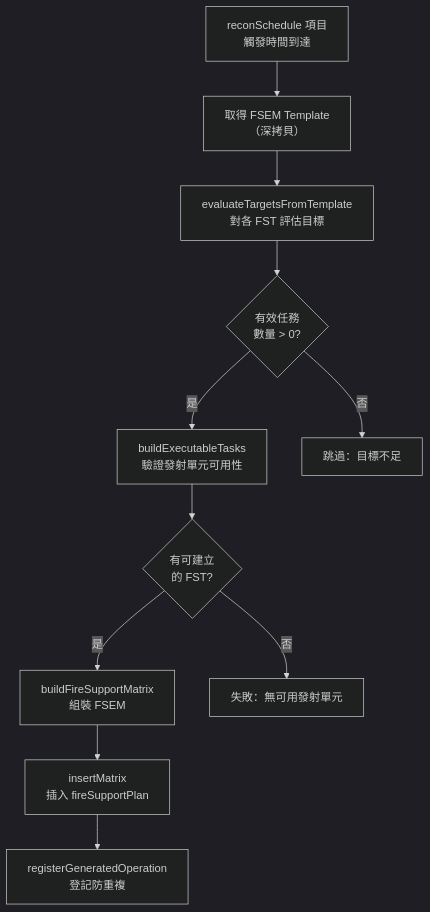
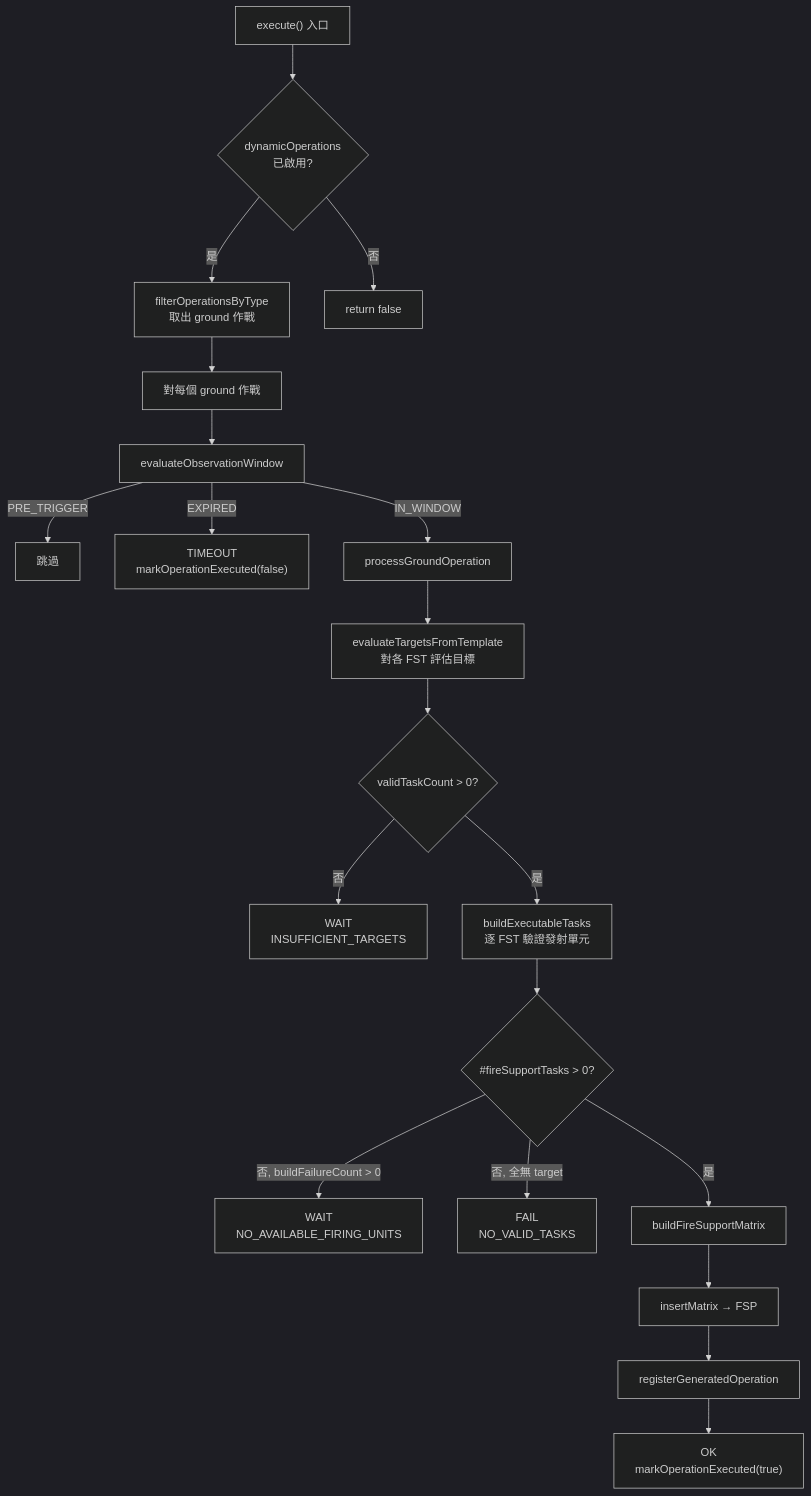
Before and after one commit to pullupjumper/formosa-in-flames: the first of 2 diagrams in docs/strikePlanner/dynamicFireSupportPlan.md, drawn with Mermaid (dark theme). The commit also changed other lines of this file and 8 other files, not shown here.

First line of the commit message:
feat(strike-planner): add observation window for dynamic fire support plan

````diff
--- a/docs/strikePlanner/dynamicFireSupportPlan.md
+++ b/docs/strikePlanner/dynamicFireSupportPlan.md
@@ -17,23 +48,30 @@
 ```mermaid
 flowchart TD
-    ENTRY["reconSchedule 項目<br>觸發時間到達"]
-    TEMPLATE["取得 FSEM Template<br>（深拷貝）"]
-    EVAL["evaluateTargetsFromTemplate<br>對各 FST 評估目標"]
-    CHECK_TARGET{有效任務<br>數量 > 0?}
-    BUILD["buildExecutableTasks<br>驗證發射單元可用性"]
-    CHECK_AVAIL{有可建立<br>的 FST?}
-    MATRIX["buildFireSupportMatrix<br>組裝 FSEM"]
-    INSERT["insertMatrix<br>插入 fireSupportPlan"]
-    REGISTER["registerGeneratedOperation<br>登記防重複"]
+    START["execute() 入口"]
+    GUARD{"dynamicOperations<br>已啟用?"}
+    FILTER["filterOperationsByType<br>取出 ground 作戰"]
+    LOOP["對每個 ground 作戰"]
+    WIN["evaluateObservationWindow"]
 
-    ENTRY --> TEMPLATE
-    TEMPLATE --> EVAL
-    EVAL --> CHECK_TARGET
-    CHECK_TARGET -->|否| SKIP["跳過：目標不足"]
-    CHECK_TARGET -->|是| BUILD
-    BUILD --> CHECK_AVAIL
-    CHECK_AVAIL -->|否| FAIL["失敗：無可用發射單元"]
-    CHECK_AVAIL -->|是| MATRIX
-    MATRIX --> INSERT
-    INSERT --> REGISTER
+    WIN -->|PRE_TRIGGER| SKIP["跳過"]
+    WIN -->|EXPIRED| TIMEOUT["TIMEOUT<br>markOperationExecuted(false)"]
+    WIN -->|IN_WINDOW| PROCESS["processGroundOperation"]
+
+    PROCESS --> EVAL["evaluateTargetsFromTemplate<br>對各 FST 評估目標"]
+    EVAL --> CHECK_TARGET{"validTaskCount > 0?"}
+    CHECK_TARGET -->|否| WAIT_T["WAIT<br>INSUFFICIENT_TARGETS"]
+    CHECK_TARGET -->|是| BUILD["buildExecutableTasks<br>逐 FST 驗證發射單元"]
+    BUILD --> CHECK_BUILT{"#fireSupportTasks > 0?"}
+    CHECK_BUILT -->|否, buildFailureCount > 0| WAIT_F["WAIT<br>NO_AVAILABLE_FIRING_UNITS"]
+    CHECK_BUILT -->|否, 全無 target| FAIL_NV["FAIL<br>NO_VALID_TASKS"]
+    CHECK_BUILT -->|是| MATRIX["buildFireSupportMatrix"]
+    MATRIX --> INSERT["insertMatrix → FSP"]
+    INSERT --> REGISTER["registerGeneratedOperation"]
+    REGISTER --> OK["OK<br>markOperationExecuted(true)"]
+
+    START --> GUARD
+    GUARD -->|否| END["return false"]
+    GUARD -->|是| FILTER
+    FILTER --> LOOP
+    LOOP --> WIN
 ```
````
